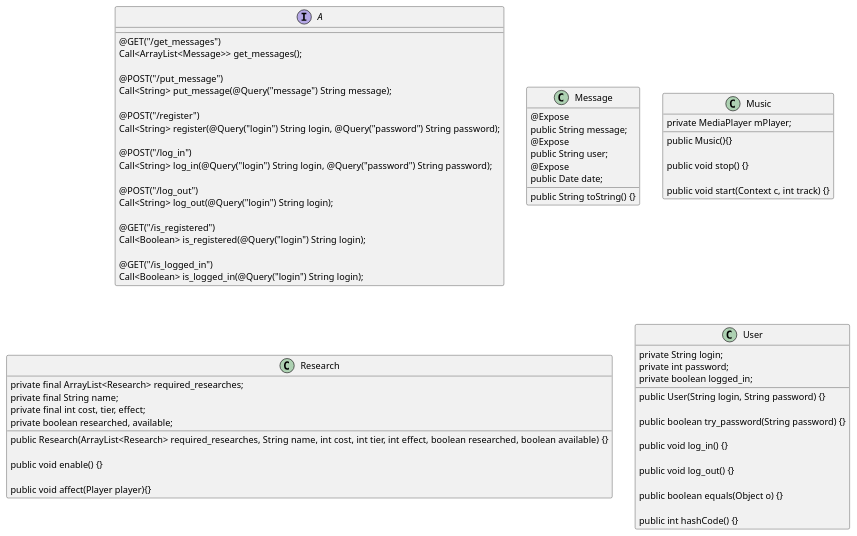
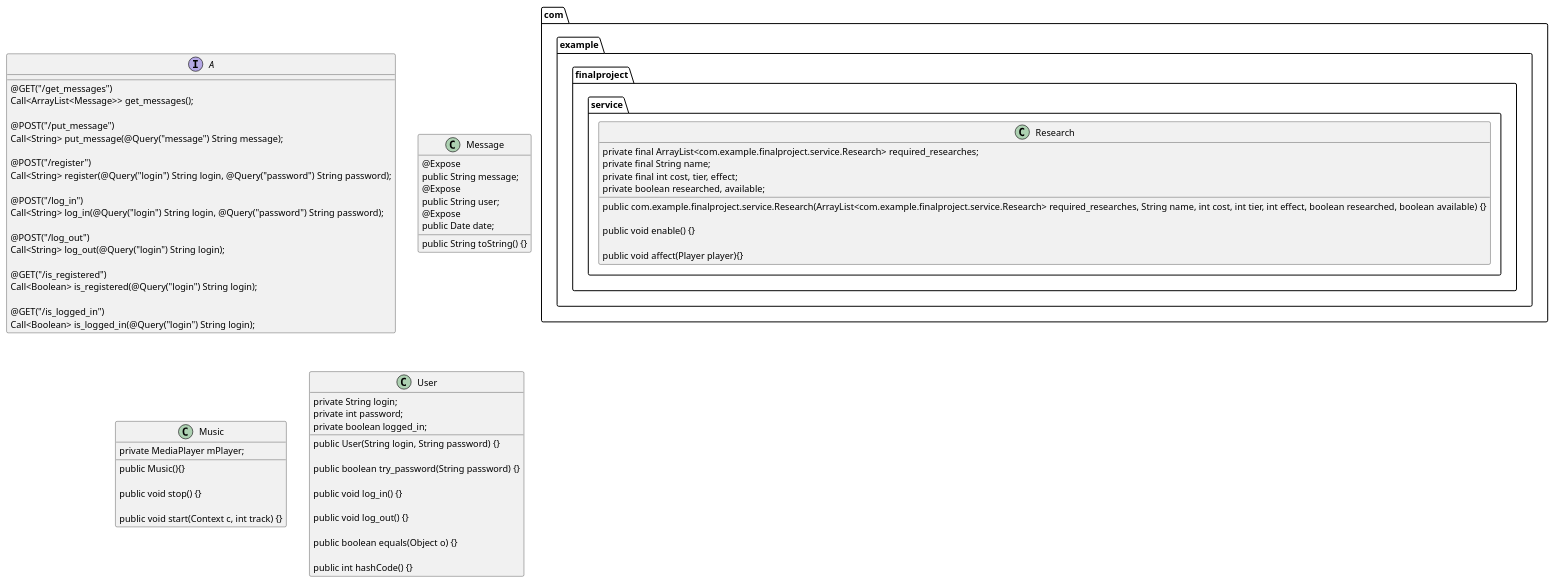
One commit to Vaneyk1973/FinalProject changed the diagram in FinalProject/app/src/main/java/com/example/finalproject/service.puml. Above: the diagram before and after it, drawn with PlantUML. The commit also changed 31 other files, not shown here.

```diff
--- a/FinalProject/app/src/main/java/com/example/finalproject/service.puml
+++ b/FinalProject/app/src/main/java/com/example/finalproject/service.puml
@@ -1,77 +1,77 @@
 @startuml
 'https://plantuml.com/class-diagram
 interface A{
     @GET("/get_messages")
     Call<ArrayList<Message>> get_messages();
 
     @POST("/put_message")
     Call<String> put_message(@Query("message") String message);
 
     @POST("/register")
     Call<String> register(@Query("login") String login, @Query("password") String password);
 
     @POST("/log_in")
     Call<String> log_in(@Query("login") String login, @Query("password") String password);
 
     @POST("/log_out")
     Call<String> log_out(@Query("login") String login);
 
     @GET("/is_registered")
     Call<Boolean> is_registered(@Query("login") String login);
 
     @GET("/is_logged_in")
     Call<Boolean> is_logged_in(@Query("login") String login);
 }
 class Message{
     @Expose
     public String message;
     @Expose
     public String user;
     @Expose
     public Date date;
 
     public String toString() {}
 }
 
 class Music {
     private MediaPlayer mPlayer;
 
     public Music(){}
 
     public void stop() {}
 
     public void start(Context c, int track) {}
 }
 
-class Research {
-    private final ArrayList<Research> required_researches;
+class com.example.finalproject.service.Research {
+    private final ArrayList<com.example.finalproject.service.Research> required_researches;
     private final String name;
     private final int cost, tier, effect;
     private boolean researched, available;
 
-    public Research(ArrayList<Research> required_researches, String name, int cost, int tier, int effect, boolean researched, boolean available) {}
+    public com.example.finalproject.service.Research(ArrayList<com.example.finalproject.service.Research> required_researches, String name, int cost, int tier, int effect, boolean researched, boolean available) {}
 
     public void enable() {}
 
     public void affect(Player player){}
 }
 
 class User {
     private String login;
     private int password;
     private boolean logged_in;
 
     public User(String login, String password) {}
 
     public boolean try_password(String password) {}
 
     public void log_in() {}
 
     public void log_out() {}
 
     public boolean equals(Object o) {}
 
     public int hashCode() {}
 }
 
 @enduml
```
